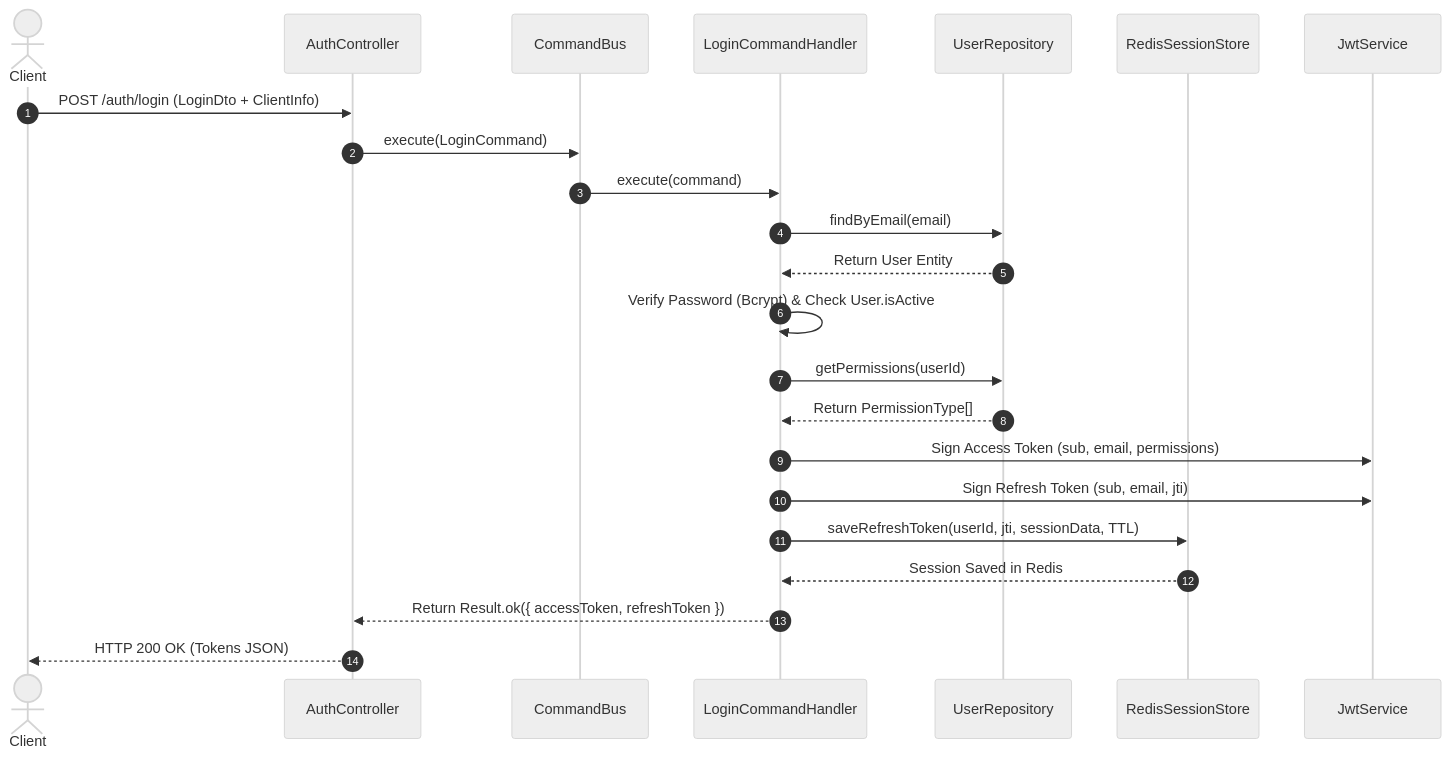
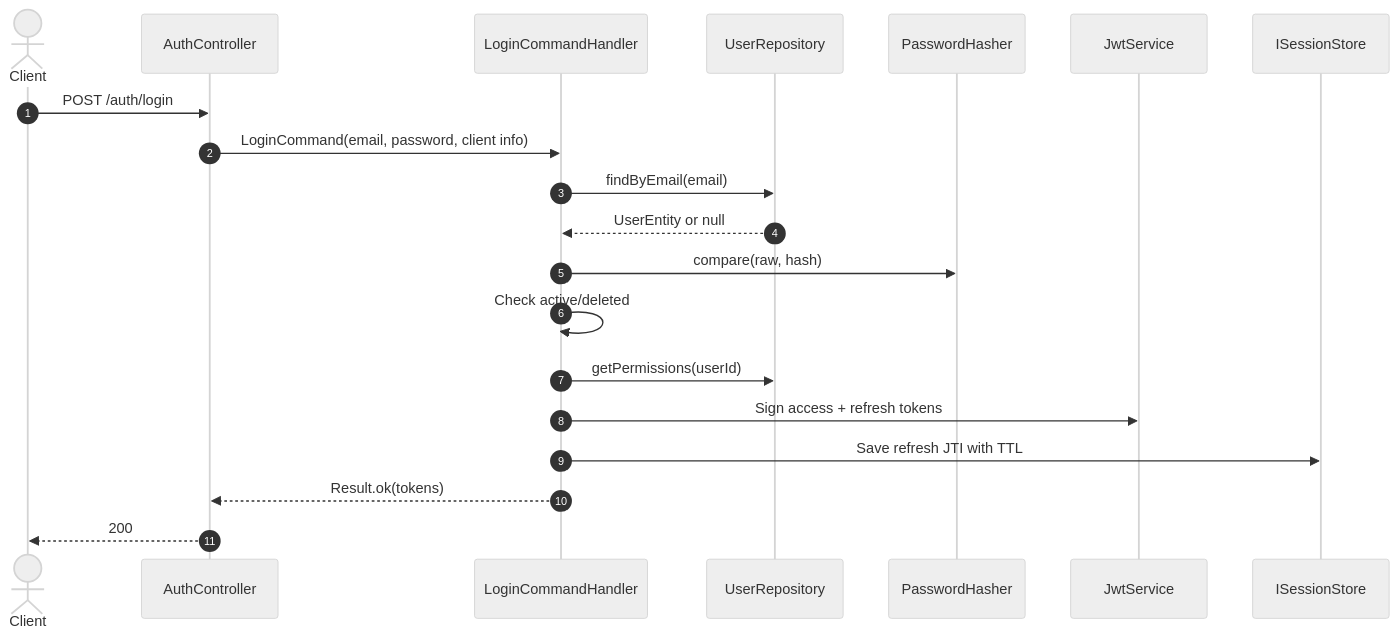
Before and after one commit to 8eyond-Infinite/turborepo-advanced-starter: the first of 2 diagrams in apps/server/src/contexts/iam/auth/README.md, drawn with Mermaid (neutral theme). The commit also changed other lines of this file and 209 other files, not shown here.

````diff
--- a/apps/server/src/contexts/iam/auth/README.md
+++ b/apps/server/src/contexts/iam/auth/README.md
@@ -45,26 +65,23 @@
 ```mermaid
 sequenceDiagram
     autonumber
     actor Client
-    participant Ctrl as AuthController
-    participant Bus as CommandBus
-    participant Hdl as LoginCommandHandler
-    participant Repo as UserRepository
-    participant Store as RedisSessionStore
-    participant Jwt as JwtService
+    participant Controller as AuthController
+    participant Handler as LoginCommandHandler
+    participant Users as UserRepository
+    participant Hasher as PasswordHasher
+    participant JWT as JwtService
+    participant Session as ISessionStore
 
-    Client->>Ctrl: POST /auth/login (LoginDto + ClientInfo)
-    Ctrl->>Bus: execute(LoginCommand)
-    Bus->>Hdl: execute(command)
-    Hdl->>Repo: findByEmail(email)
-    Repo-->>Hdl: Return User Entity
-    Hdl->>Hdl: Verify Password (Bcrypt) & Check User.isActive
-    Hdl->>Repo: getPermissions(userId)
-    Repo-->>Hdl: Return PermissionType[]
-    Hdl->>Jwt: Sign Access Token (sub, email, permissions)
-    Hdl->>Jwt: Sign Refresh Token (sub, email, jti)
-    Hdl->>Store: saveRefreshToken(userId, jti, sessionData, TTL)
-    Store-->>Hdl: Session Saved in Redis
-    Hdl-->>Ctrl: Return Result.ok({ accessToken, refreshToken })
-    Ctrl-->>Client: HTTP 200 OK (Tokens JSON)
+    Client->>Controller: POST /auth/login
+    Controller->>Handler: LoginCommand(email, password, client info)
+    Handler->>Users: findByEmail(email)
+    Users-->>Handler: UserEntity or null
+    Handler->>Hasher: compare(raw, hash)
+    Handler->>Handler: Check active/deleted
+    Handler->>Users: getPermissions(userId)
+    Handler->>JWT: Sign access + refresh tokens
+    Handler->>Session: Save refresh JTI with TTL
+    Handler-->>Controller: Result.ok(tokens)
+    Controller-->>Client: 200
 ```
````
